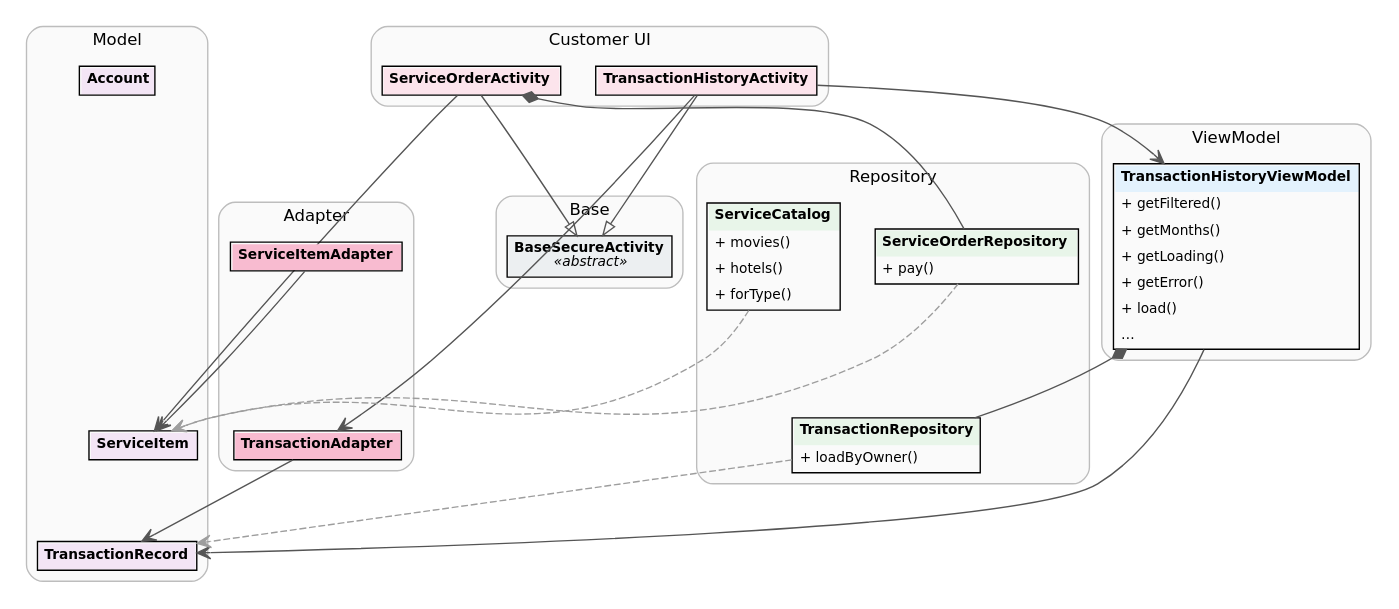
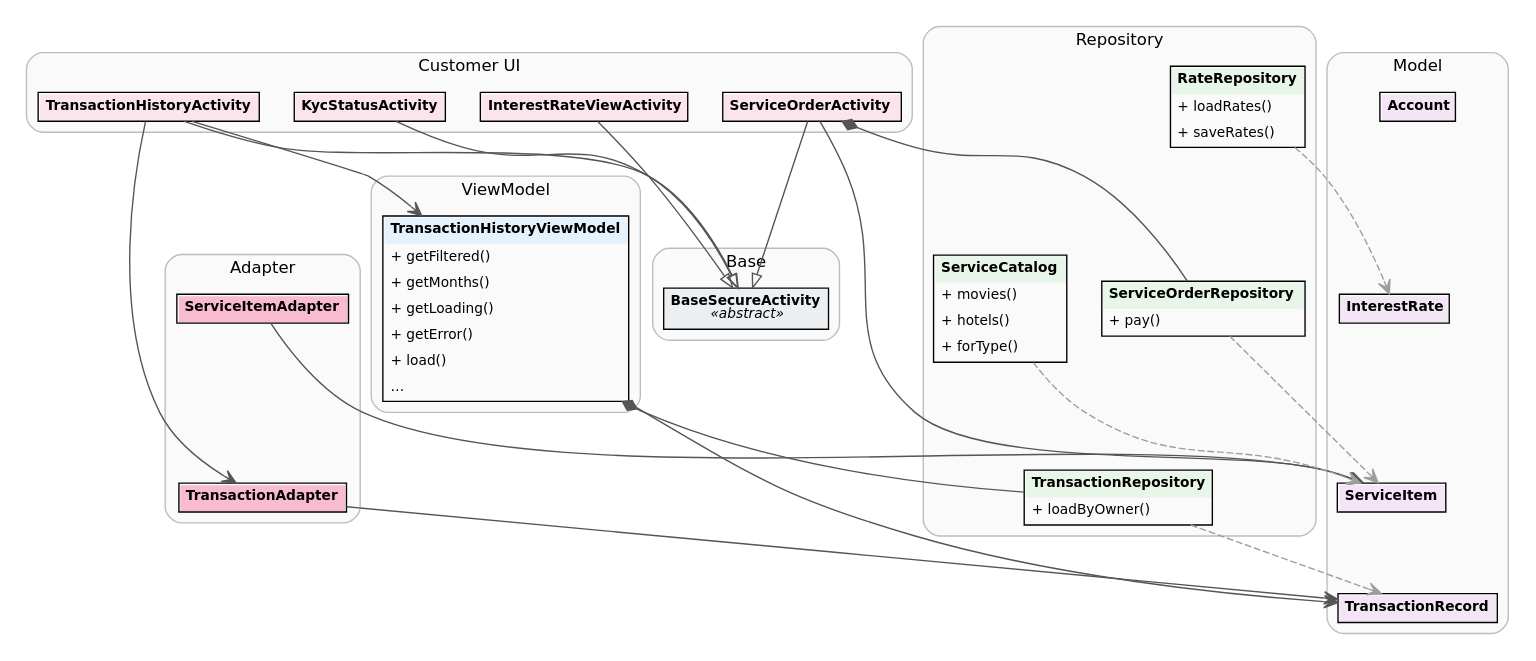
Before and after one commit to nguyenvantai-imfine/final_mobile: the diagram in docs/diagrams/class_customer.dot, drawn with Graphviz. The commit also changed 19 other files, not shown here.

```diff
--- a/docs/diagrams/class_customer.dot
+++ b/docs/diagrams/class_customer.dot
@@ -1,40 +1,47 @@
 digraph G { rankdir=TB; compound=true; newrank=true; fontname="DejaVu Sans"; nodesep=0.35; ranksep=0.7; splines=true;
 node [shape=plain fontname="DejaVu Sans" fontsize=10]; edge [fontname="DejaVu Sans" fontsize=9 color="#555555"];
 subgraph "cluster_Base" { label="Base"; style="rounded,filled"; fillcolor="#FAFAFA"; color="#BDBDBD"; fontsize=12;
 "BaseSecureActivity" [label=<<TABLE BORDER="1" CELLBORDER="0" CELLSPACING="0" CELLPADDING="4"><TR><TD BGCOLOR="#ECEFF1"><B>BaseSecureActivity</B><BR/><I>«abstract»</I></TD></TR></TABLE>>];
 }
 subgraph "cluster_Customer UI" { label="Customer UI"; style="rounded,filled"; fillcolor="#FAFAFA"; color="#BDBDBD"; fontsize=12;
 "TransactionHistoryActivity" [label=<<TABLE BORDER="1" CELLBORDER="0" CELLSPACING="0" CELLPADDING="4"><TR><TD BGCOLOR="#FCE4EC"><B>TransactionHistoryActivity</B></TD></TR></TABLE>>];
 "ServiceOrderActivity" [label=<<TABLE BORDER="1" CELLBORDER="0" CELLSPACING="0" CELLPADDING="4"><TR><TD BGCOLOR="#FCE4EC"><B>ServiceOrderActivity</B></TD></TR></TABLE>>];
+"InterestRateViewActivity" [label=<<TABLE BORDER="1" CELLBORDER="0" CELLSPACING="0" CELLPADDING="4"><TR><TD BGCOLOR="#FCE4EC"><B>InterestRateViewActivity</B></TD></TR></TABLE>>];
+"KycStatusActivity" [label=<<TABLE BORDER="1" CELLBORDER="0" CELLSPACING="0" CELLPADDING="4"><TR><TD BGCOLOR="#FCE4EC"><B>KycStatusActivity</B></TD></TR></TABLE>>];
 }
 subgraph "cluster_Adapter" { label="Adapter"; style="rounded,filled"; fillcolor="#FAFAFA"; color="#BDBDBD"; fontsize=12;
 "TransactionAdapter" [label=<<TABLE BORDER="1" CELLBORDER="0" CELLSPACING="0" CELLPADDING="4"><TR><TD BGCOLOR="#F8BBD0"><B>TransactionAdapter</B></TD></TR></TABLE>>];
 "ServiceItemAdapter" [label=<<TABLE BORDER="1" CELLBORDER="0" CELLSPACING="0" CELLPADDING="4"><TR><TD BGCOLOR="#F8BBD0"><B>ServiceItemAdapter</B></TD></TR></TABLE>>];
 }
 subgraph "cluster_ViewModel" { label="ViewModel"; style="rounded,filled"; fillcolor="#FAFAFA"; color="#BDBDBD"; fontsize=12;
 "TransactionHistoryViewModel" [label=<<TABLE BORDER="1" CELLBORDER="0" CELLSPACING="0" CELLPADDING="4"><TR><TD BGCOLOR="#E3F2FD"><B>TransactionHistoryViewModel</B></TD></TR><TR><TD ALIGN="LEFT" BORDER="0">+ getFiltered()</TD></TR><TR><TD ALIGN="LEFT" BORDER="0">+ getMonths()</TD></TR><TR><TD ALIGN="LEFT" BORDER="0">+ getLoading()</TD></TR><TR><TD ALIGN="LEFT" BORDER="0">+ getError()</TD></TR><TR><TD ALIGN="LEFT" BORDER="0">+ load()</TD></TR><TR><TD ALIGN="LEFT" BORDER="0">…</TD></TR></TABLE>>];
 }
 subgraph "cluster_Repository" { label="Repository"; style="rounded,filled"; fillcolor="#FAFAFA"; color="#BDBDBD"; fontsize=12;
+"RateRepository" [label=<<TABLE BORDER="1" CELLBORDER="0" CELLSPACING="0" CELLPADDING="4"><TR><TD BGCOLOR="#E8F5E9"><B>RateRepository</B></TD></TR><TR><TD ALIGN="LEFT" BORDER="0">+ loadRates()</TD></TR><TR><TD ALIGN="LEFT" BORDER="0">+ saveRates()</TD></TR></TABLE>>];
 "TransactionRepository" [label=<<TABLE BORDER="1" CELLBORDER="0" CELLSPACING="0" CELLPADDING="4"><TR><TD BGCOLOR="#E8F5E9"><B>TransactionRepository</B></TD></TR><TR><TD ALIGN="LEFT" BORDER="0">+ loadByOwner()</TD></TR></TABLE>>];
 "ServiceOrderRepository" [label=<<TABLE BORDER="1" CELLBORDER="0" CELLSPACING="0" CELLPADDING="4"><TR><TD BGCOLOR="#E8F5E9"><B>ServiceOrderRepository</B></TD></TR><TR><TD ALIGN="LEFT" BORDER="0">+ pay()</TD></TR></TABLE>>];
 "ServiceCatalog" [label=<<TABLE BORDER="1" CELLBORDER="0" CELLSPACING="0" CELLPADDING="4"><TR><TD BGCOLOR="#E8F5E9"><B>ServiceCatalog</B></TD></TR><TR><TD ALIGN="LEFT" BORDER="0">+ movies()</TD></TR><TR><TD ALIGN="LEFT" BORDER="0">+ hotels()</TD></TR><TR><TD ALIGN="LEFT" BORDER="0">+ forType()</TD></TR></TABLE>>];
 }
 subgraph "cluster_Model" { label="Model"; style="rounded,filled"; fillcolor="#FAFAFA"; color="#BDBDBD"; fontsize=12;
+"InterestRate" [label=<<TABLE BORDER="1" CELLBORDER="0" CELLSPACING="0" CELLPADDING="4"><TR><TD BGCOLOR="#F3E5F5"><B>InterestRate</B></TD></TR></TABLE>>];
 "TransactionRecord" [label=<<TABLE BORDER="1" CELLBORDER="0" CELLSPACING="0" CELLPADDING="4"><TR><TD BGCOLOR="#F3E5F5"><B>TransactionRecord</B></TD></TR></TABLE>>];
 "ServiceItem" [label=<<TABLE BORDER="1" CELLBORDER="0" CELLSPACING="0" CELLPADDING="4"><TR><TD BGCOLOR="#F3E5F5"><B>ServiceItem</B></TD></TR></TABLE>>];
 "Account" [label=<<TABLE BORDER="1" CELLBORDER="0" CELLSPACING="0" CELLPADDING="4"><TR><TD BGCOLOR="#F3E5F5"><B>Account</B></TD></TR></TABLE>>];
 }
+"RateRepository" -> "InterestRate" [arrowhead=vee style=dashed color="#9E9E9E"];
 "ServiceCatalog" -> "ServiceItem" [arrowhead=vee style=dashed color="#9E9E9E"];
 "ServiceOrderRepository" -> "ServiceItem" [arrowhead=vee style=dashed color="#9E9E9E"];
 "TransactionRepository" -> "TransactionRecord" [arrowhead=vee style=dashed color="#9E9E9E"];
+"InterestRateViewActivity" -> "BaseSecureActivity" [arrowhead=empty];
+"KycStatusActivity" -> "BaseSecureActivity" [arrowhead=empty];
 "ServiceOrderActivity" -> "BaseSecureActivity" [arrowhead=empty];
 "ServiceOrderActivity" -> "ServiceOrderRepository" [arrowhead=none arrowtail=diamond dir=back];
 "ServiceOrderActivity" -> "ServiceItem" [arrowhead=vee];
 "TransactionHistoryActivity" -> "BaseSecureActivity" [arrowhead=empty];
 "TransactionHistoryActivity" -> "TransactionHistoryViewModel" [arrowhead=vee];
 "TransactionHistoryActivity" -> "TransactionAdapter" [arrowhead=vee];
 "ServiceItemAdapter" -> "ServiceItem" [arrowhead=vee];
 "TransactionAdapter" -> "TransactionRecord" [arrowhead=vee];
 "TransactionHistoryViewModel" -> "TransactionRepository" [arrowhead=none arrowtail=diamond dir=back];
 "TransactionHistoryViewModel" -> "TransactionRecord" [arrowhead=vee];
 }
```
